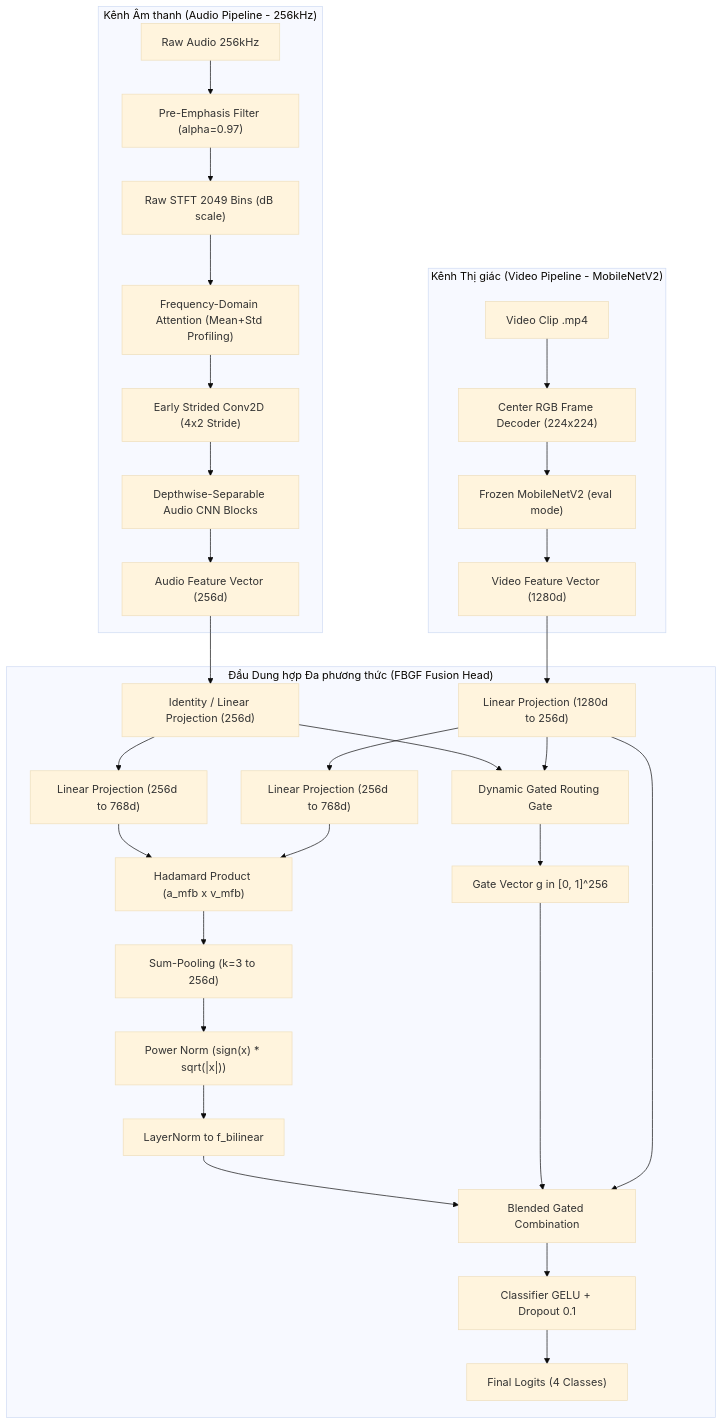
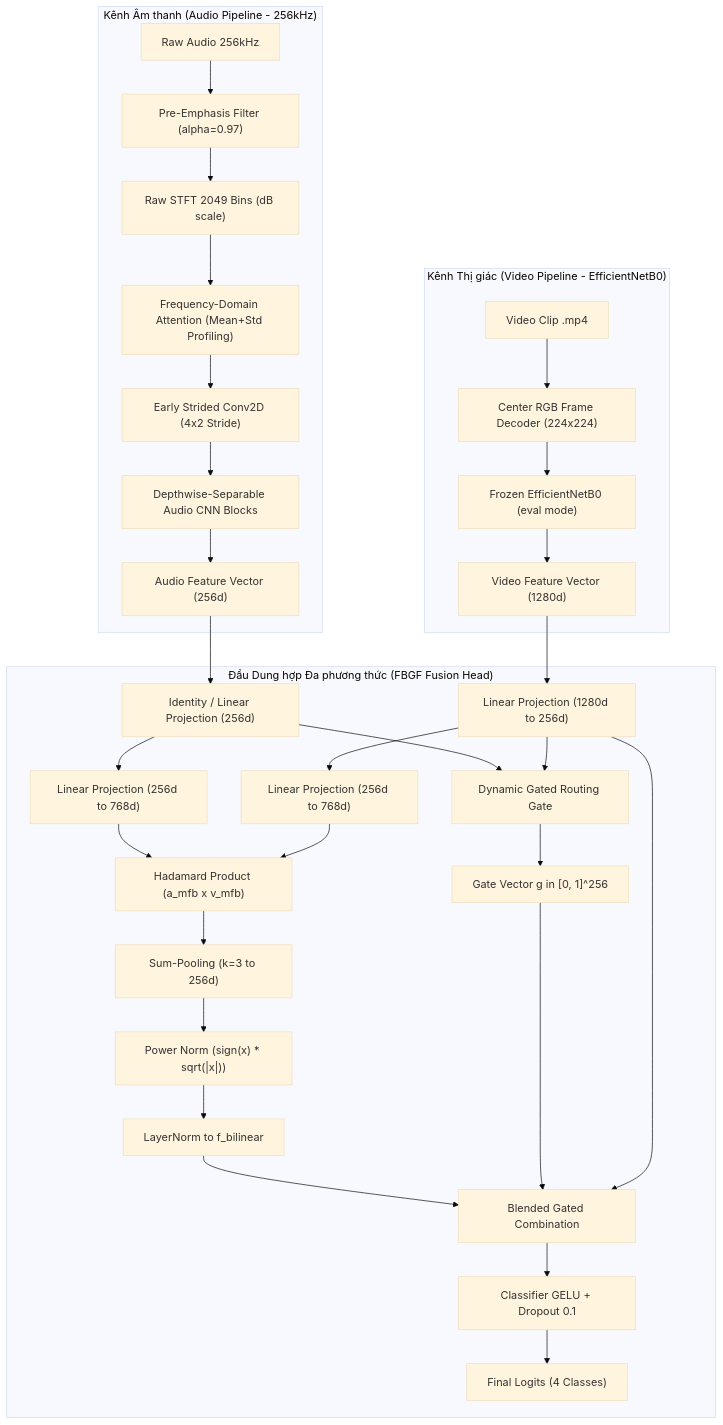
The diagram in ARCHITECTURE_SUMMARY.md (manhmitcf/Multimodal_Custom_Models), drawn with Mermaid (base theme) before and after one commit. The commit also changed other lines of this file and 1 other file, not shown here.

Commit message:
docs: update README.md and ARCHITECTURE_SUMMARY.md for EfficientNetB0 branch

````diff
--- a/ARCHITECTURE_SUMMARY.md
+++ b/ARCHITECTURE_SUMMARY.md
@@ -18,42 +17,42 @@
 ```mermaid
 graph TD
     subgraph AudioPipeline ["Kênh Âm thanh (Audio Pipeline - 256kHz)"]
         A1["Raw Audio 256kHz"] --> A2["Pre-Emphasis Filter (alpha=0.97)"]
         A2 --> A3["Raw STFT 2049 Bins (dB scale)"]
         A3 --> A4["Frequency-Domain Attention (Mean+Std Profiling)"]
         A4 --> A5["Early Strided Conv2D (4x2 Stride)"]
         A5 --> A6["Depthwise-Separable Audio CNN Blocks"]
         A6 --> AudFeat["Audio Feature Vector (256d)"]
     end
 
-    subgraph VideoPipeline ["Kênh Thị giác (Video Pipeline - MobileNetV2)"]
+    subgraph VideoPipeline ["Kênh Thị giác (Video Pipeline - EfficientNetB0)"]
         V1["Video Clip .mp4"] --> V2["Center RGB Frame Decoder (224x224)"]
-        V2 --> V3["Frozen MobileNetV2 (eval mode)"]
+        V2 --> V3["Frozen EfficientNetB0 (eval mode)"]
         V3 --> VidFeat["Video Feature Vector (1280d)"]
     end
 
     subgraph FusionHead ["Đầu Dung hợp Đa phương thức (FBGF Fusion Head)"]
         AudFeat --> AudProj["Identity / Linear Projection (256d)"]
         VidFeat --> VidProj["Linear Projection (1280d to 256d)"]
 
         AudProj --> Gate["Dynamic Gated Routing Gate"]
         VidProj --> Gate
         Gate --> VectorG["Gate Vector g in [0, 1]^256"]
 
         AudProj --> MFB_A["Linear Projection (256d to 768d)"]
         VidProj --> MFB_V["Linear Projection (256d to 768d)"]
 
         MFB_A --> Hadamard["Hadamard Product (a_mfb x v_mfb)"]
         MFB_V --> Hadamard
         Hadamard --> SumPool["Sum-Pooling (k=3 to 256d)"]
         SumPool --> PowerNorm["Power Norm (sign(x) * sqrt(|x|))"]
         PowerNorm --> LayerNorm["LayerNorm to f_bilinear"]
 
         LayerNorm --> GatedBlend["Blended Gated Combination"]
         VectorG --> GatedBlend
         VidProj --> GatedBlend
 
         GatedBlend --> Classifier["Classifier GELU + Dropout 0.1"]
         Classifier --> Logits["Final Logits (4 Classes)"]
     end
 ```
````
